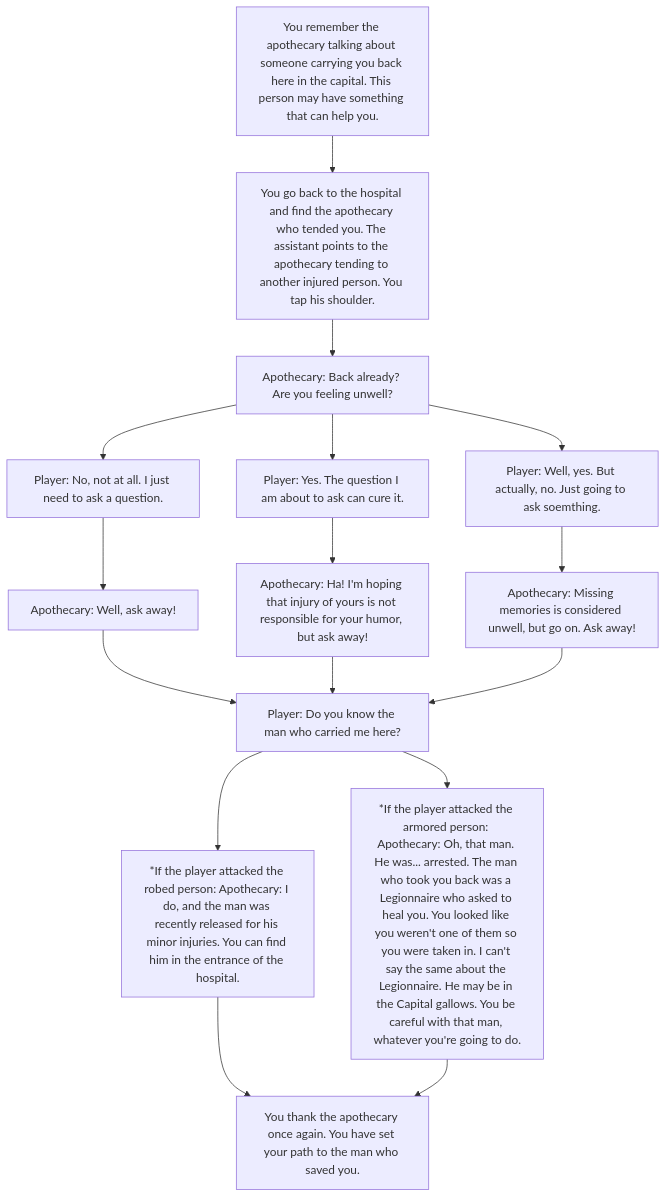
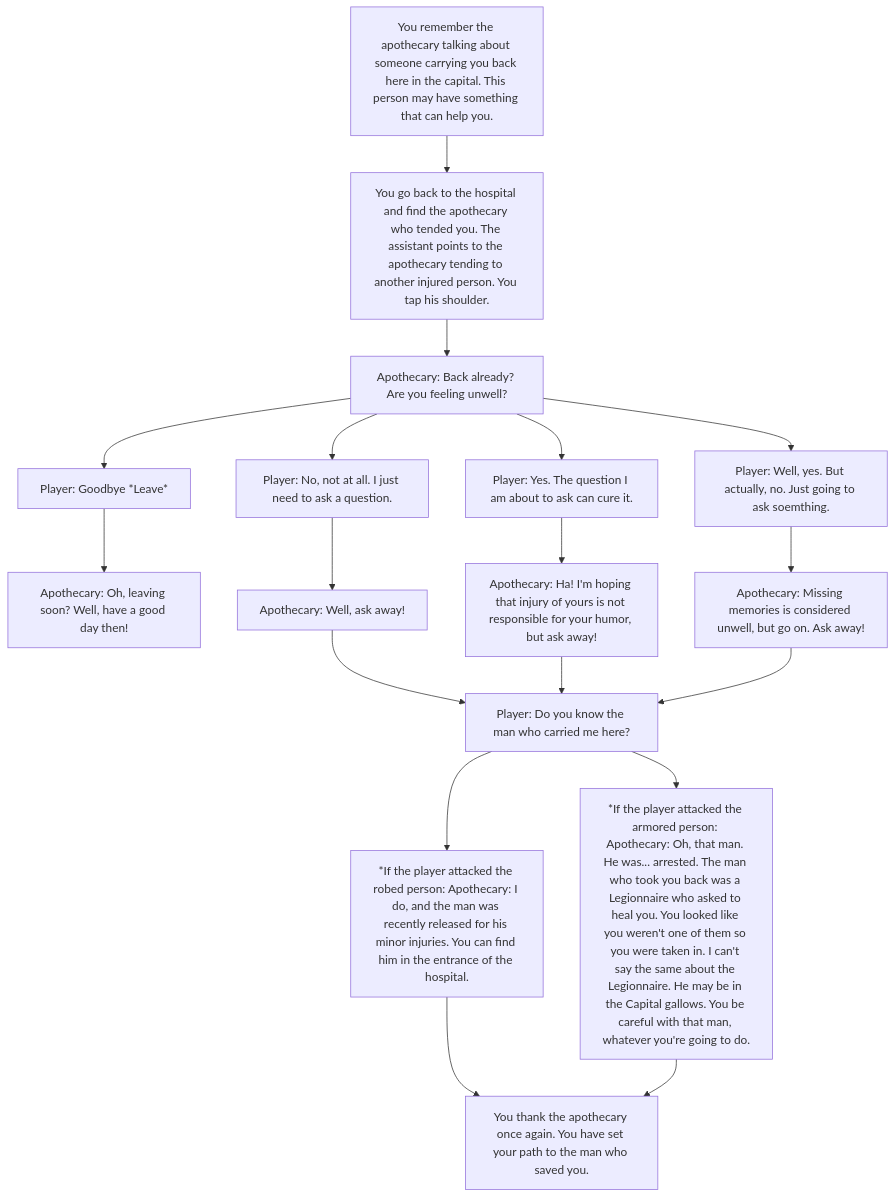
Before and after one commit to pacalso-jjc/2425-2nd-cc3-1e-rpg: the sixth of 25 diagrams in wiki/Quest.md, drawn with Mermaid. The commit also changed other lines of this file, not shown here.

````diff
--- a/wiki/Quest.md
+++ b/wiki/Quest.md
@@ -249,21 +283,24 @@
 ```mermaid
 flowchart TD
   A[You remember the apothecary talking about someone carrying you back here in the capital. This person may have something that can help you.]
   A --> B[You go back to the hospital and find the apothecary who tended you. The assistant points to the apothecary tending to another injured person. You tap his shoulder.]
   B --> C[Apothecary: Back already? Are you feeling unwell?]
 
   C --> D[Player: No, not at all. I just need to ask a question.]
   C --> E[Player: Yes. The question I am about to ask can cure it.]
   C --> F[Player: Well, yes. But actually, no. Just going to ask soemthing.]
+  C --> N[Player: Goodbye *Leave*]
+
+  N --> O[Apothecary: Oh, leaving soon? Well, have a good day then!]
 
   D --> G[Apothecary: Well, ask away!]
   E --> H[Apothecary: Ha! I'm hoping that injury of yours is not responsible for your humor, but ask away!]
   F --> I[Apothecary: Missing memories is considered unwell, but go on. Ask away!]
 
   G & H & I --> J[Player: Do you know the man who carried me here?]
   J --> K[*If the player attacked the robed person: Apothecary: I do, and the man was recently released for his minor injuries. You can find him in the entrance of the hospital.]
   J --> L[*If the player attacked the armored person: Apothecary: Oh, that man. He was... arrested. The man who took you back was a Legionnaire who asked to heal you. You looked like you weren't one of them so you were taken in. I can't say the same about the Legionnaire. He may be in the Capital gallows. You be careful with that man, whatever you're going to do.]
 
   K & L --> M[You thank the apothecary once again. You have set your path to the man who saved you.]
 
 ```
````
